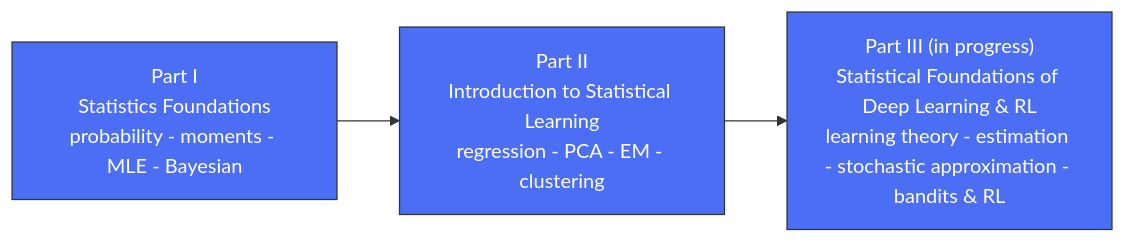
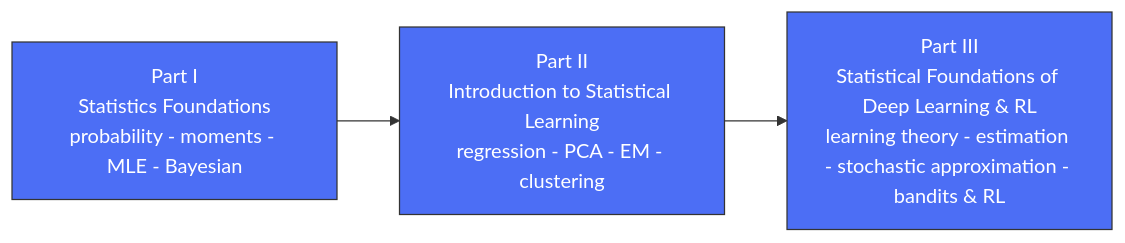
Before and after one commit to Bellman281/Stat4ML: the diagram in README.md, drawn with Mermaid. The commit also changed other lines of this file and 1 other file, not shown here.

First line of the commit message:
README: Part III complete (10/10) -- link and mark every chapter

````diff
--- a/README.md
+++ b/README.md
@@ -124,11 +124,11 @@
 ```mermaid
 flowchart LR
     A["Part I<br/>Statistics Foundations<br/>probability - moments - MLE - Bayesian"]
     B["Part II<br/>Introduction to Statistical Learning<br/>regression - PCA - EM - clustering"]
-    C["Part III (in progress)<br/>Statistical Foundations of Deep Learning & RL<br/>learning theory - estimation - stochastic approximation - bandits & RL"]
+    C["Part III<br/>Statistical Foundations of Deep Learning & RL<br/>learning theory - estimation - stochastic approximation - bandits & RL"]
 
     A --> B --> C
 
     classDef part fill:#4C6EF5,color:#fff,stroke:#333,stroke-width:1px
     class A,B,C part
 ```
````
